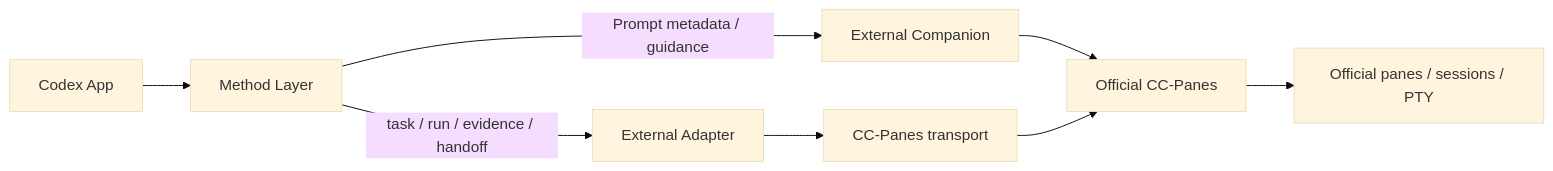
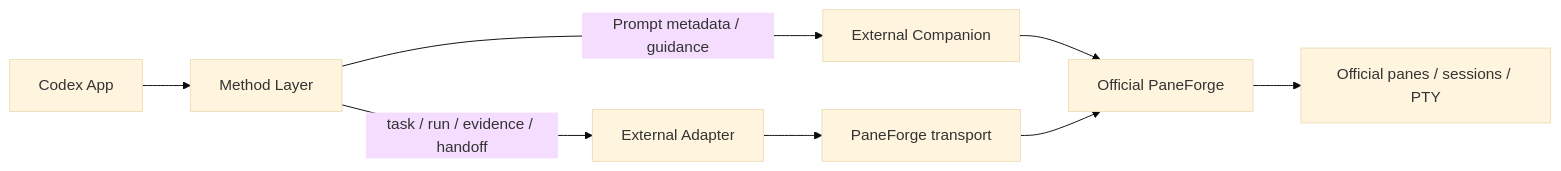
Before and after one commit to lihuabin1516-design/method-layer: the diagram in README.md, drawn with Mermaid (base theme). The commit also changed other lines of this file and 83 other files, not shown here.

````diff
--- a/README.md
+++ b/README.md
@@ -33,10 +33,10 @@
 ```mermaid
 flowchart LR
     C[Codex App] --> M[Method Layer]
     M -->|task / run / evidence / handoff| A[External Adapter]
     M -->|Prompt metadata / guidance| P[External Companion]
-    A --> T[CC-Panes transport]
-    P --> CP[Official CC-Panes]
+    A --> T[PaneForge transport]
+    P --> CP[Official PaneForge]
     T --> CP
     CP --> R[Official panes / sessions / PTY]
 ```
````
